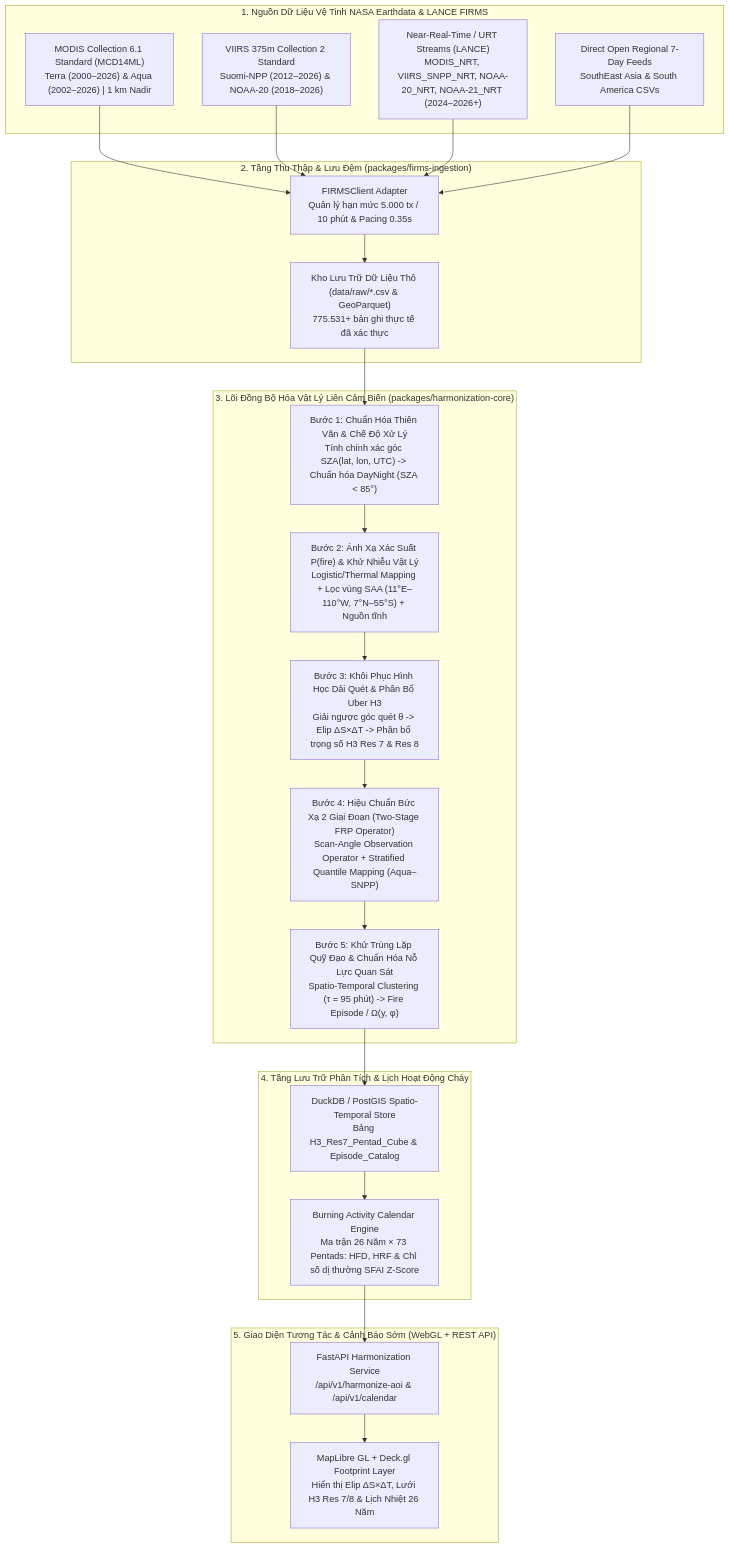
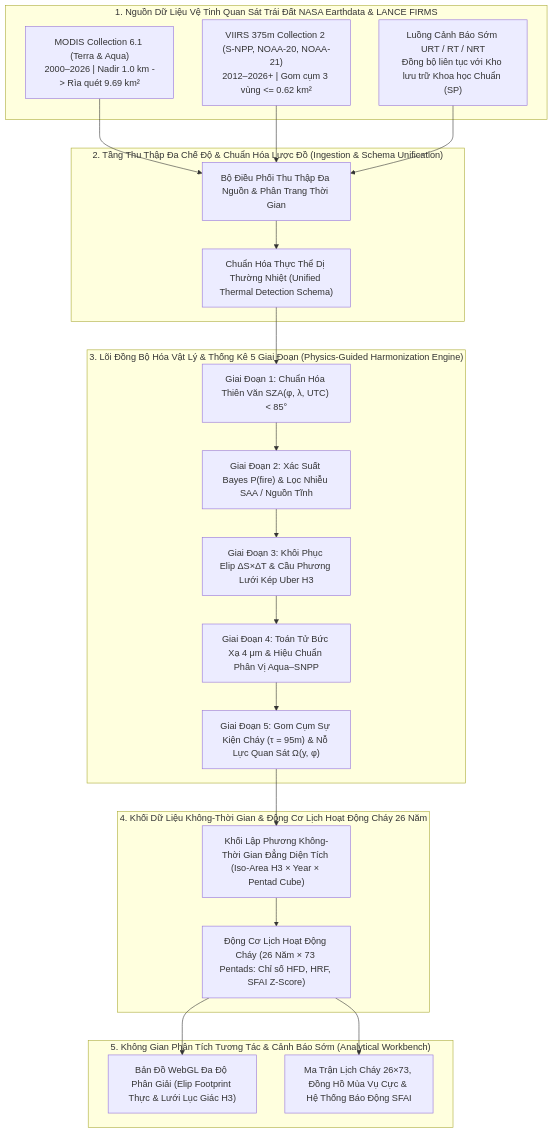
The first of 2 diagrams in exports/PROPOSAL.md (the-aris-club/flare-chronos), drawn with Mermaid before and after one commit. The commit also changed other lines of this file and 9 other files, not shown here.

````diff
--- a/exports/PROPOSAL.md
+++ b/exports/PROPOSAL.md
@@ -171,38 +77,35 @@
 ```mermaid
 flowchart TB
-    subgraph NASA_SOURCES["1. Nguồn Dữ Liệu Vệ Tinh NASA Earthdata & LANCE FIRMS"]
-        MODIS_SP["MODIS Collection 6.1 Standard (MCD14ML)<br/>Terra (2000–2026) & Aqua (2002–2026) | 1 km Nadir"]
-        VIIRS_SP["VIIRS 375m Collection 2 Standard<br/>Suomi-NPP (2012–2026) & NOAA-20 (2018–2026)"]
-        NRT_STREAMS["Near-Real-Time / URT Streams (LANCE)<br/>MODIS_NRT, VIIRS_SNPP_NRT, NOAA-20_NRT, NOAA-21_NRT (2024–2026+)"]
-        OPEN_FEEDS["Direct Open Regional 7-Day Feeds<br/>SouthEast Asia & South America CSVs"]
+    subgraph TIER1["1. Nguồn Dữ Liệu Vệ Tinh Quan Sát Trái Đất NASA Earthdata & LANCE FIRMS"]
+        M_SRC["MODIS Collection 6.1 (Terra & Aqua)<br/>2000–2026 | Nadir 1.0 km -> Rìa quét 9.69 km²"]
+        V_SRC["VIIRS 375m Collection 2 (S-NPP, NOAA-20, NOAA-21)<br/>2012–2026+ | Gom cụm 3 vùng <= 0.62 km²"]
+        NRT_SRC["Luồng Cảnh Báo Sớm URT / RT / NRT<br/>Đồng bộ liên tục với Kho lưu trữ Khoa học Chuẩn (SP)"]
     end
 
-    subgraph INGESTION_SEAM["2. Tầng Thu Thập & Lưu Đệm (packages/firms-ingestion)"]
-        API_ADAPTER["FIRMSClient Adapter<br/>Quản lý hạn mức 5.000 tx / 10 phút & Pacing 0.35s"]
-        RAW_CACHE["Kho Lưu Trữ Dữ Liệu Thô (data/raw/*.csv & GeoParquet)<br/>775.531+ bản ghi thực tế đã xác thực"]
+    subgraph TIER2["2. Tầng Thu Thập Đa Chế Độ & Chuẩn Hóa Lược Đồ (Ingestion & Schema Unification)"]
+        INGEST["Bộ Điều Phối Thu Thập Đa Nguồn & Phân Trang Thời Gian"]
+        SCHEMA["Chuẩn Hóa Thực Thể Dị Thường Nhiệt (Unified Thermal Detection Schema)"]
     end
 
-    subgraph CORE_ENGINE["3. Lõi Đồng Bộ Hóa Vật Lý Liên Cảm Biến (packages/harmonization-core)"]
-        STEP1["Bước 1: Chuẩn Hóa Thiên Văn & Chế Độ Xử Lý<br/>Tính chính xác góc SZA(lat, lon, UTC) -> Chuẩn hóa DayNight (SZA < 85°)"]
-        STEP2["Bước 2: Ánh Xạ Xác Suất P(fire) & Khử Nhiễu Vật Lý<br/>Logistic/Thermal Mapping + Lọc vùng SAA (11°E–110°W, 7°N–55°S) + Nguồn tĩnh"]
-        STEP3["Bước 3: Khôi Phục Hình Học Dải Quét & Phân Bổ Uber H3<br/>Giải ngược góc quét θ -> Elip ΔS×ΔT -> Phân bổ trọng số H3 Res 7 & Res 8"]
-        STEP4["Bước 4: Hiệu Chuẩn Bức Xạ 2 Giai Đoạn (Two-Stage FRP Operator)<br/>Scan-Angle Observation Operator + Stratified Quantile Mapping (Aqua–SNPP)"]
-        STEP5["Bước 5: Khử Trùng Lặp Quỹ Đạo & Chuẩn Hóa Nỗ Lực Quan Sát<br/>Spatio-Temporal Clustering (τ = 95 phút) -> Fire Episode / Ω(y, φ)"]
+    subgraph TIER3["3. Lõi Đồng Bộ Hóa Vật Lý & Thống Kê 5 Giai Đoạn (Physics-Guided Harmonization Engine)"]
+        S1["Giai Đoạn 1: Chuẩn Hóa Thiên Văn SZA(φ, λ, UTC) < 85°"]
+        S2["Giai Đoạn 2: Xác Suất Bayes P(fire) & Lọc Nhiễu SAA / Nguồn Tĩnh"]
+        S3["Giai Đoạn 3: Khôi Phục Elip ΔS×ΔT & Cầu Phương Lưới Kép Uber H3"]
+        S4["Giai Đoạn 4: Toán Tử Bức Xạ 4 μm & Hiệu Chuẩn Phân Vị Aqua–SNPP"]
+        S5["Giai Đoạn 5: Gom Cụm Sự Kiện Cháy (τ = 95m) & Nỗ Lực Quan Sát Ω(y, φ)"]
     end
 
-    subgraph CALENDAR_STORAGE["4. Tầng Lưu Trữ Phân Tích & Lịch Hoạt Động Cháy"]
-        DUCKDB["DuckDB / PostGIS Spatio-Temporal Store<br/>Bảng H3_Res7_Pentad_Cube & Episode_Catalog"]
-        CAL_ENGINE["Burning Activity Calendar Engine<br/>Ma trận 26 Năm × 73 Pentads: HFD, HRF & Chỉ số dị thường SFAI Z-Score"]
+    subgraph TIER4["4. Khối Dữ Liệu Không-Thời Gian & Động Cơ Lịch Hoạt Động Cháy 26 Năm"]
+        CUBE["Khối Lập Phương Không-Thời Gian Đẳng Diện Tích (Iso-Area H3 × Year × Pentad Cube)"]
+        CAL["Động Cơ Lịch Hoạt Động Cháy (26 Năm × 73 Pentads: Chỉ số HFD, HRF, SFAI Z-Score)"]
     end
 
-    subgraph PRESENTATION["5. Giao Diện Tương Tác & Cảnh Báo Sớm (WebGL + REST API)"]
-        FASTAPI["FastAPI Harmonization Service<br/>/api/v1/harmonize-aoi & /api/v1/calendar"]
-        DECKGL["MapLibre GL + Deck.gl Footprint Layer<br/>Hiển thị Elip ΔS×ΔT, Lưới H3 Res 7/8 & Lịch Nhiệt 26 Năm"]
+    subgraph TIER5["5. Không Gian Phân Tích Tương Tác & Cảnh Báo Sớm (Analytical Workbench)"]
+        MAP["Bản Đồ WebGL Đa Độ Phân Giải (Elip Footprint Thực & Lưới Lục Giác H3)"]
+        CLOCK["Ma Trận Lịch Cháy 26×73, Đồng Hồ Mùa Vụ Cực & Hệ Thống Báo Động SFAI"]
     end
 
-    MODIS_SP & VIIRS_SP & NRT_STREAMS & OPEN_FEEDS --> API_ADAPTER
-    API_ADAPTER --> RAW_CACHE
-    RAW_CACHE --> STEP1 --> STEP2 --> STEP3 --> STEP4 --> STEP5
-    STEP5 --> DUCKDB --> CAL_ENGINE
-    CAL_ENGINE --> FASTAPI --> DECKGL
+    M_SRC & V_SRC & NRT_SRC --> INGEST --> SCHEMA
+    SCHEMA --> S1 --> S2 --> S3 --> S4 --> S5
+    S5 --> CUBE --> CAL --> MAP & CLOCK
 ```
````
